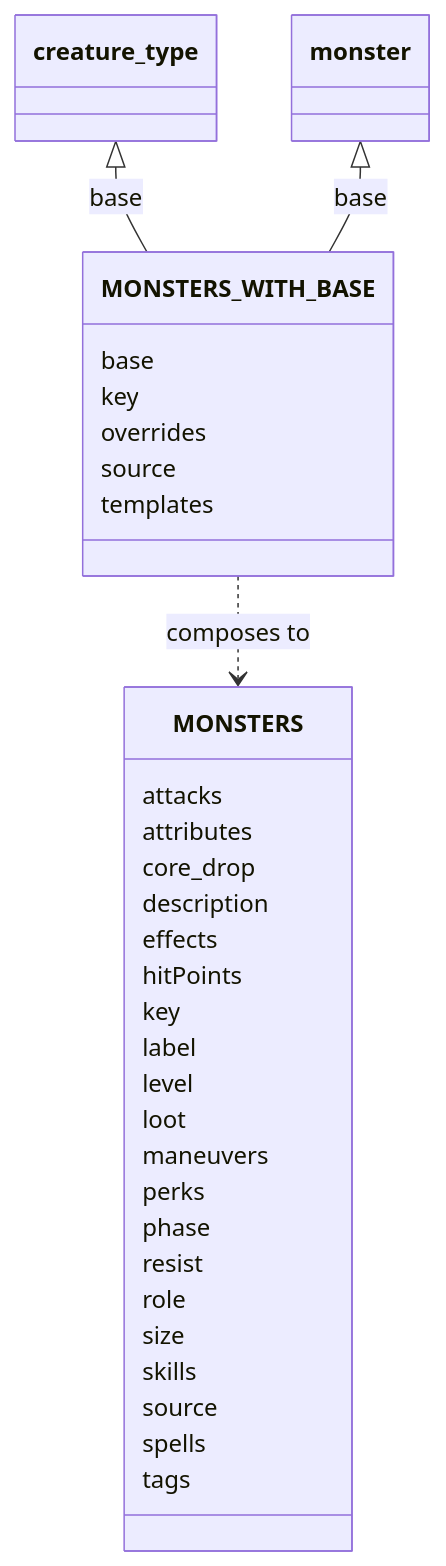
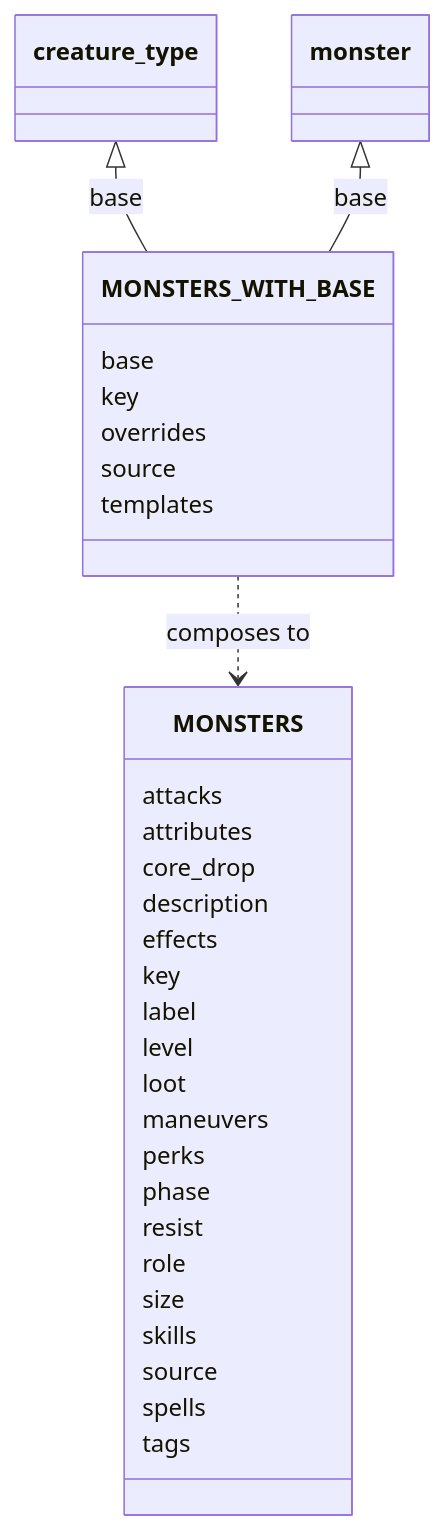
The third of 7 diagrams in docs/core/composition-diagram.md (SETA1609/riftweave-core), drawn with Mermaid before and after one commit. The commit also changed other lines of this file and 37 other files, not shown here.

First line of the commit message:
DE_S02_03 Data: drop every stored hitPoints and hitPointsPerLevel; the sheet computes HP by role

````diff
--- a/docs/core/composition-diagram.md
+++ b/docs/core/composition-diagram.md
@@ -92,37 +92,36 @@
 ```mermaid
 classDiagram
     class MONSTERS {
         attacks
         attributes
         core_drop
         description
         effects
-        hitPoints
         key
         label
         level
         loot
         maneuvers
         perks
         phase
         resist
         role
         size
         skills
         source
         spells
         tags
     }
     class creature_type
     class monster
     class MONSTERS_WITH_BASE {
         base
         key
         overrides
         source
         templates
     }
     creature_type <|-- MONSTERS_WITH_BASE : base
     monster <|-- MONSTERS_WITH_BASE : base
     MONSTERS_WITH_BASE ..> MONSTERS : composes to
 ```
````
